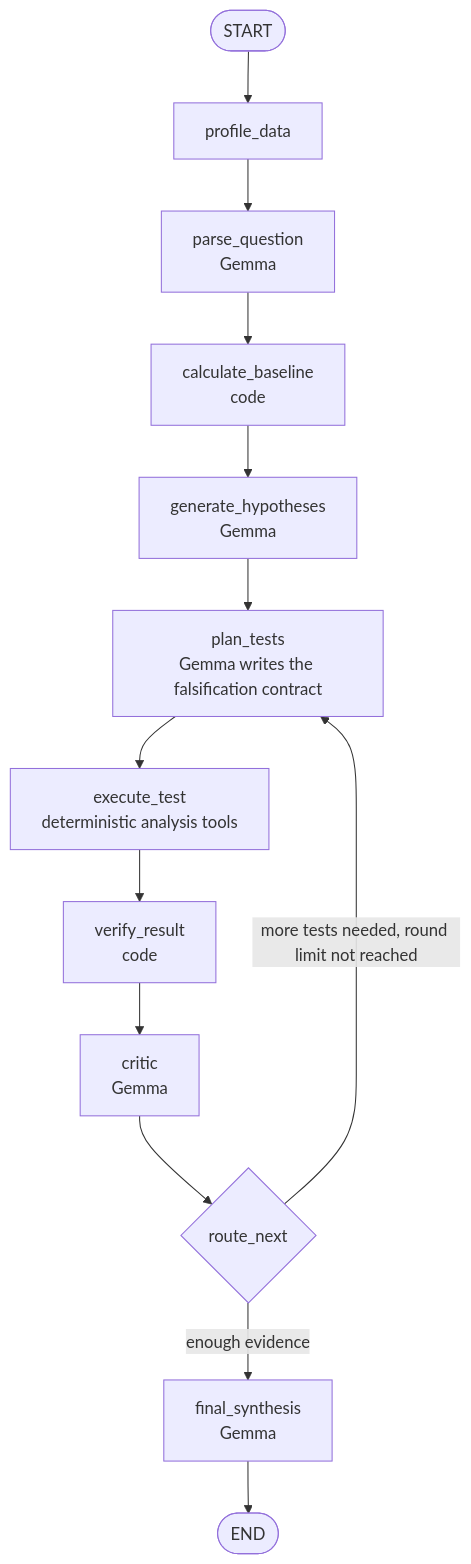
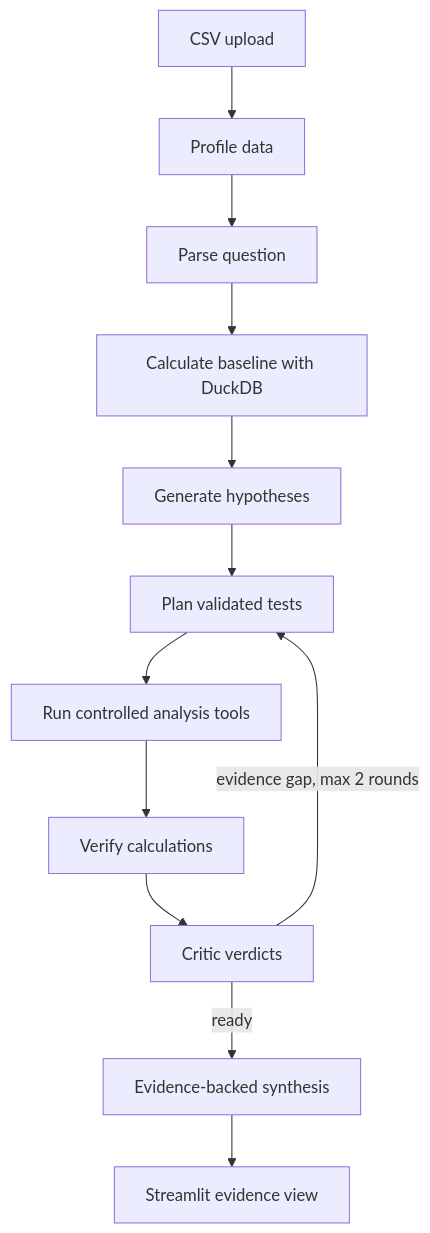
Before and after one commit to whatsyourname909/hacktoberfest_-hack-day-coimbatore-x-init-club-and-idea-club: the diagram in README.md, drawn with Mermaid. The commit also changed other lines of this file and 27 other files, not shown here.

````diff
--- a/README.md
+++ b/README.md
@@ -51,15 +62,14 @@
 ```mermaid
 flowchart TD
-    S([START]) --> A[profile_data]
-    A --> B[parse_question<br/>Gemma]
-    B --> C[calculate_baseline<br/>code]
-    C --> D[generate_hypotheses<br/>Gemma]
-    D --> E[plan_tests<br/>Gemma writes the falsification contract]
-    E --> F[execute_test<br/>deterministic analysis tools]
-    F --> G[verify_result<br/>code]
-    G --> H[critic<br/>Gemma]
-    H --> R{route_next}
-    R -->|more tests needed, round limit not reached| E
-    R -->|enough evidence| I[final_synthesis<br/>Gemma]
-    I --> Z([END])
+    A[CSV upload] --> B[Profile data]
+    B --> C[Parse question]
+    C --> D[Calculate baseline with DuckDB]
+    D --> E[Generate hypotheses]
+    E --> F[Plan validated tests]
+    F --> G[Run controlled analysis tools]
+    G --> H[Verify calculations]
+    H --> I[Critic verdicts]
+    I -->|evidence gap, max 2 rounds| F
+    I -->|ready| J[Evidence-backed synthesis]
+    J --> K[Streamlit evidence view]
 ```
````
